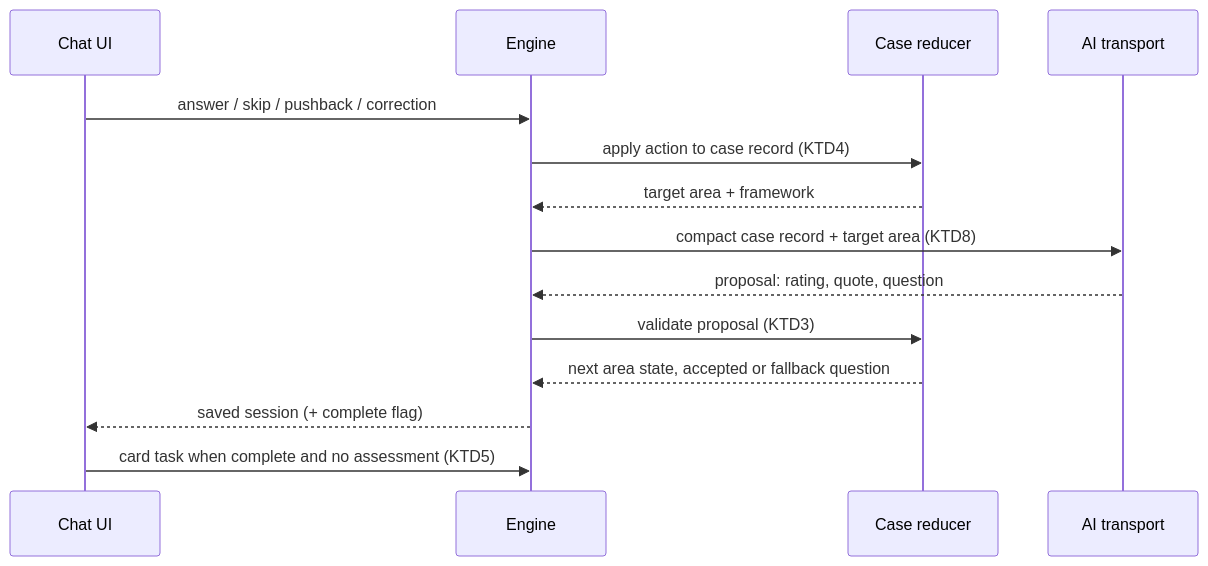
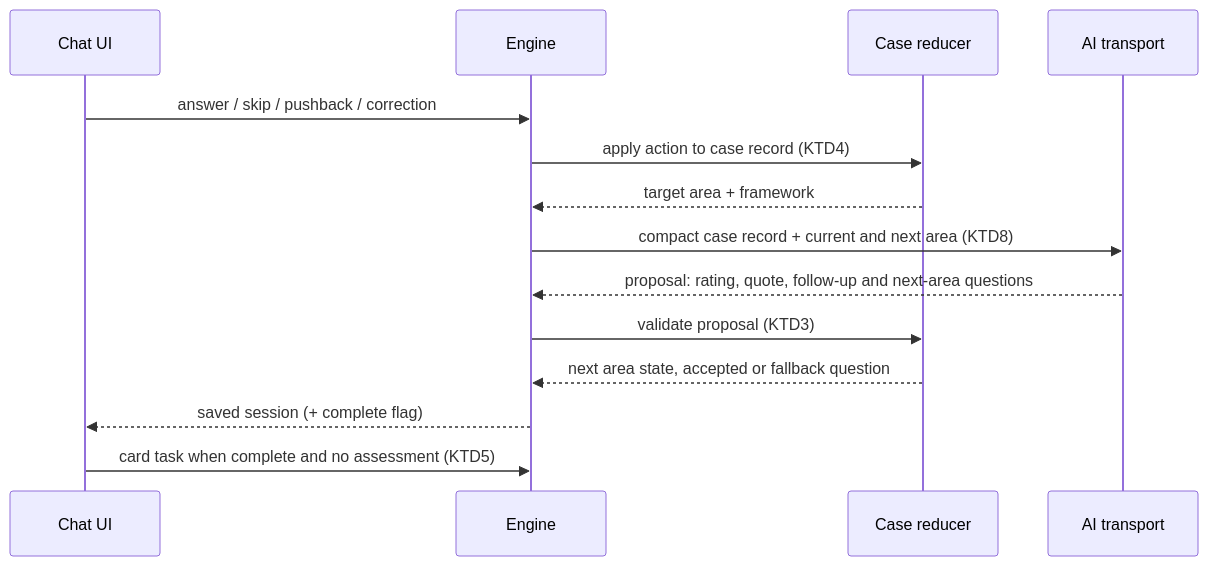
The second of 2 diagrams in docs/plans/2026-11-08-0841-feat-case-prep-conversation-plan.md (Exploitster/Devils-App), drawn with Mermaid before and after one commit. The commit also changed other lines of this file, not shown here.

First line of the commit message:
docs: apply document review to the case-prep plan

````diff
--- a/docs/plans/2026-11-08-0841-feat-case-prep-conversation-plan.md
+++ b/docs/plans/2026-11-08-0841-feat-case-prep-conversation-plan.md
@@ -237,16 +252,16 @@
 ```mermaid
 sequenceDiagram
   participant UI as Chat UI
   participant E as Engine
   participant R as Case reducer
   participant M as AI transport
   UI->>E: answer / skip / pushback / correction
   E->>R: apply action to case record (KTD4)
   R-->>E: target area + framework
-  E->>M: compact case record + target area (KTD8)
-  M-->>E: proposal: rating, quote, question
+  E->>M: compact case record + current and next area (KTD8)
+  M-->>E: proposal: rating, quote, follow-up and next-area questions
   E->>R: validate proposal (KTD3)
   R-->>E: next area state, accepted or fallback question
   E-->>UI: saved session (+ complete flag)
   UI->>E: card task when complete and no assessment (KTD5)
 ```
````
